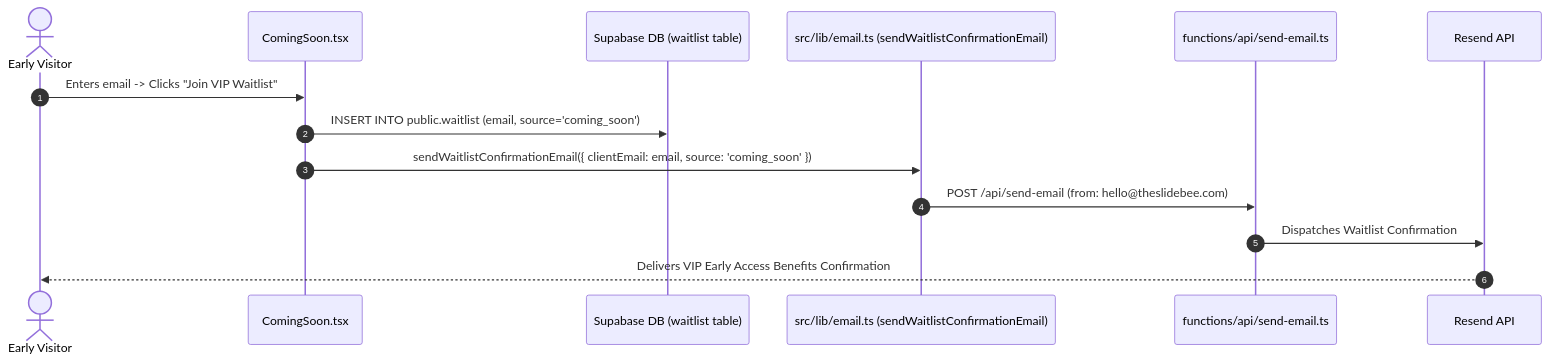
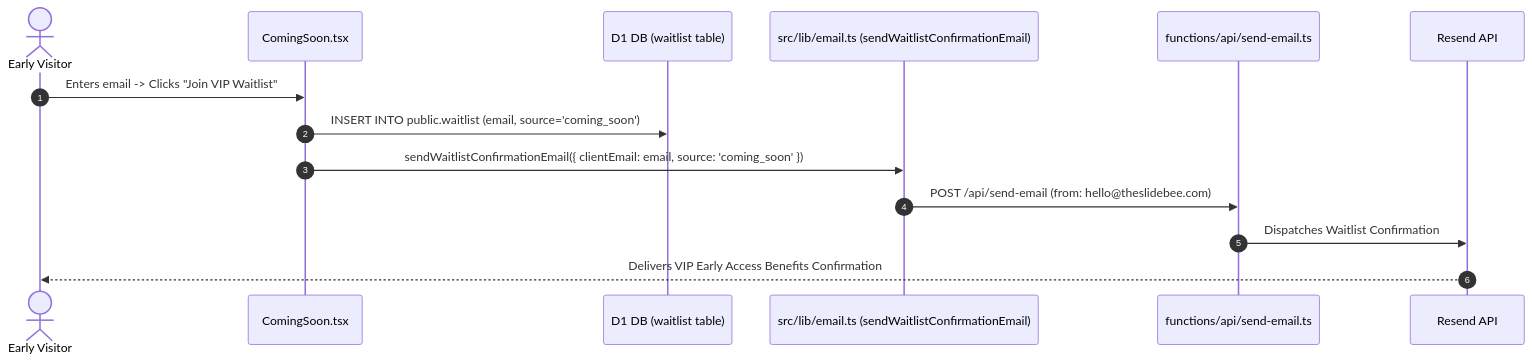
The fifth of 6 diagrams in email_workflows.md (theslidebee-afk/slidebee), drawn with Mermaid before and after one commit. The commit also changed other lines of this file and 103 other files, not shown here.

````diff
--- a/email_workflows.md
+++ b/email_workflows.md
@@ -213,17 +213,17 @@
 ```mermaid
 sequenceDiagram
     autonumber
     actor Visitor as Early Visitor
     participant Page as ComingSoon.tsx
-    participant Supa as Supabase DB (waitlist table)
+    participant Supa as D1 DB (waitlist table)
     participant Email as src/lib/email.ts (sendWaitlistConfirmationEmail)
     participant Router as functions/api/send-email.ts
     participant Resend as Resend API
 
     Visitor->>Page: Enters email -> Clicks "Join VIP Waitlist"
     Page->>Supa: INSERT INTO public.waitlist (email, source='coming_soon')
     Page->>Email: sendWaitlistConfirmationEmail({ clientEmail: email, source: 'coming_soon' })
     Email->>Router: POST /api/send-email (from: hello@theslidebee.com)
     Router->>Resend: Dispatches Waitlist Confirmation
     Resend-->>Visitor: Delivers VIP Early Access Benefits Confirmation
 ```
````
